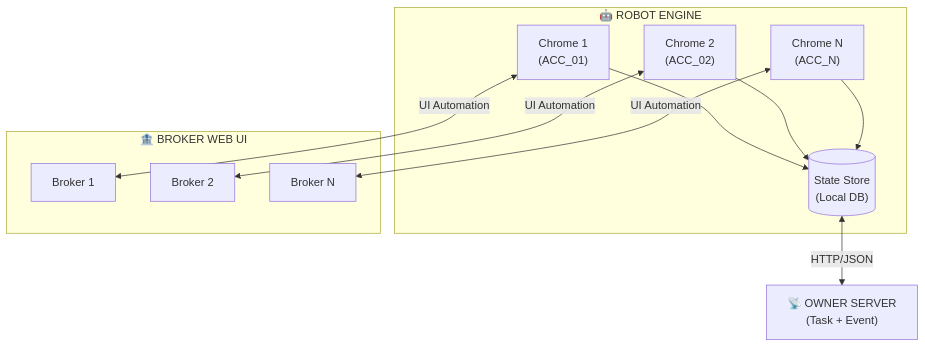
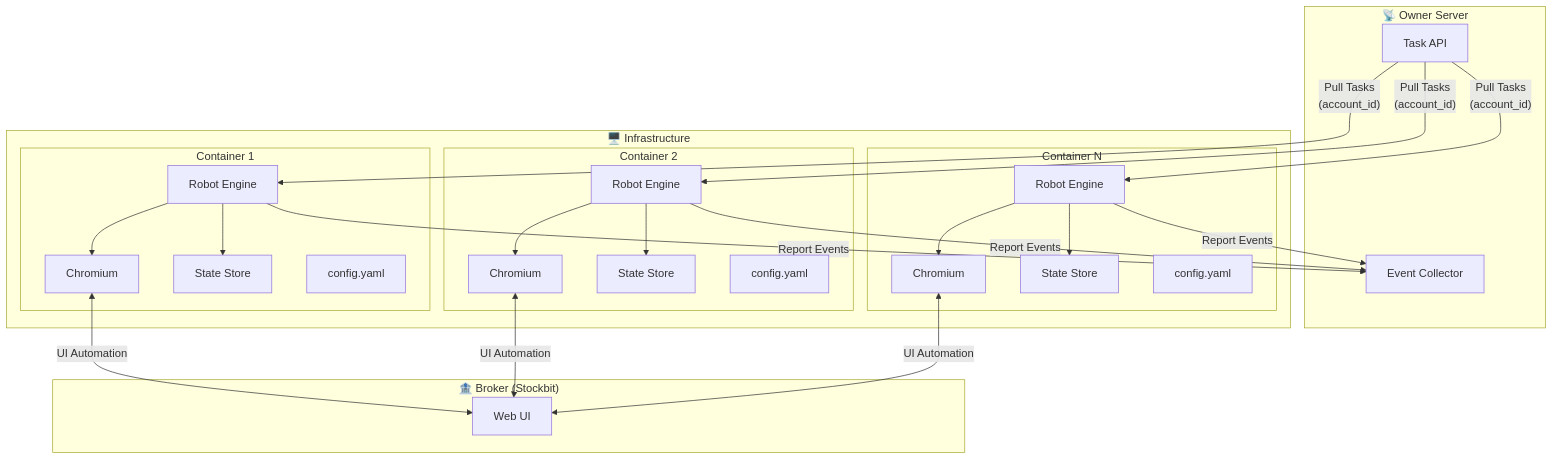
Before and after one commit to LukmanulHakim18/myVault: the first of 4 diagrams in 01-Projects/Trading-Robot/01-Architecture.md, drawn with Mermaid. The commit also changed other lines of this file and 50 other files, not shown here.

````diff
--- a/01-Projects/Trading-Robot/01-Architecture.md
+++ b/01-Projects/Trading-Robot/01-Architecture.md
@@ -20,27 +11,43 @@
 ```mermaid
 flowchart TB
-    subgraph ROBOT["🤖 ROBOT ENGINE"]
-        C1["Chrome 1<br/>(ACC_01)"]
-        C2["Chrome 2<br/>(ACC_02)"]
-        CN["Chrome N<br/>(ACC_N)"]
-        STATE[("State Store<br/>(Local DB)")]
+    subgraph OWNER["📡 Owner Server"]
+        API["Task API"]
+        EVENTS["Event Collector"]
     end
     
-    C1 --> STATE
-    C2 --> STATE
-    CN --> STATE
-    
-    subgraph BROKER["🏦 BROKER WEB UI"]
-        B1["Broker 1"]
-        B2["Broker 2"]
-        BN["Broker N"]
+    subgraph INFRA["🖥️ Infrastructure"]
+        subgraph C1["Container 1"]
+            R1["Robot Engine"]
+            B1["Chromium"]
+            S1["State Store"]
+            CFG1["config.yaml"]
+        end
+        
+        subgraph C2["Container 2"]
+            R2["Robot Engine"]
+            B2["Chromium"]
+            S2["State Store"]
+            CFG2["config.yaml"]
+        end
+        
+        subgraph CN["Container N"]
+            RN["Robot Engine"]
+            BN["Chromium"]
+            SN["State Store"]
+            CFGN["config.yaml"]
+        end
     end
     
-    C1 <-->|"UI Automation"| B1
-    C2 <-->|"UI Automation"| B2
-    CN <-->|"UI Automation"| BN
+    subgraph BROKER["🏦 Broker (Stockbit)"]
+        WEB["Web UI"]
+    end
     
-    SERVER["📡 OWNER SERVER<br/>(Task + Event)"]
+    API -->|"Pull Tasks<br/>(account_id)"| R1 & R2 & RN
+    R1 & R2 & RN -->|"Report Events"| EVENTS
     
-    STATE <-->|"HTTP/JSON"| SERVER
+    B1 & B2 & BN <-->|"UI Automation"| WEB
+    
+    R1 --> B1 & S1
+    R2 --> B2 & S2
+    RN --> BN & SN
 ```
````
